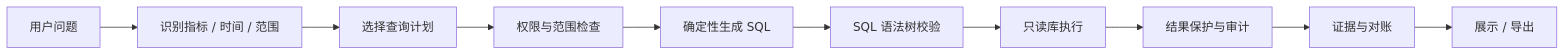
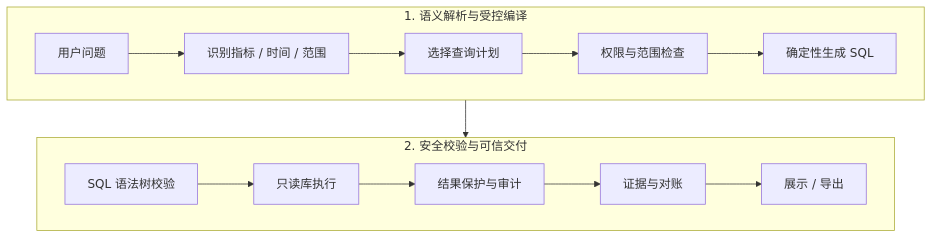
One commit to j2356681836-stack/ai-app-dev-100days changed the diagram in README.md. Above: the diagram before and after it, drawn with Mermaid. The commit also changed other lines of this file and 3 other files, not shown here.

Commit message:
docs: 补充控制台演示截图并优化流程图排版

````diff
--- a/README.md
+++ b/README.md
@@ -41,12 +60,12 @@
 ```mermaid
-flowchart LR
-    A[用户问题] --> B[识别指标 / 时间 / 范围]
-    B --> C[选择查询计划]
-    C --> D[权限与范围检查]
-    D --> E[确定性生成 SQL]
-    E --> F[SQL 语法树校验]
-    F --> G[只读库执行]
-    G --> H[结果保护与审计]
-    H --> I[证据与对账]
-    I --> J[展示 / 导出]
+flowchart TD
+    subgraph S1["1. 语义解析与受控编译"]
+        direction LR
+        A[用户问题] --> B[识别指标 / 时间 / 范围] --> C[选择查询计划] --> D[权限与范围检查] --> E[确定性生成 SQL]
+    end
+    subgraph S2["2. 安全校验与可信交付"]
+        direction LR
+        F[SQL 语法树校验] --> G[只读库执行] --> H[结果保护与审计] --> I[证据与对账] --> J[展示 / 导出]
+    end
+    S1 --> S2
 ```
````
